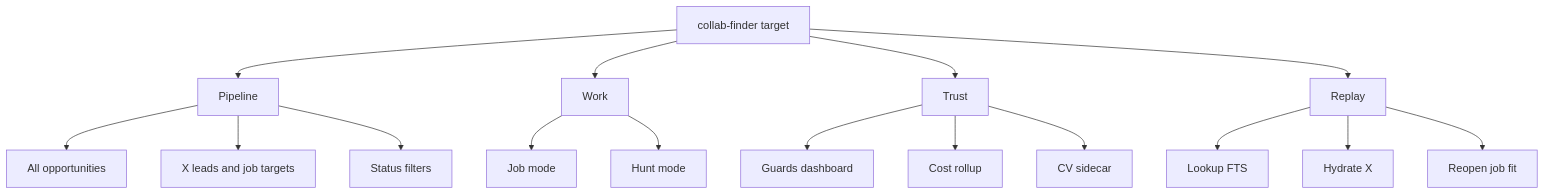
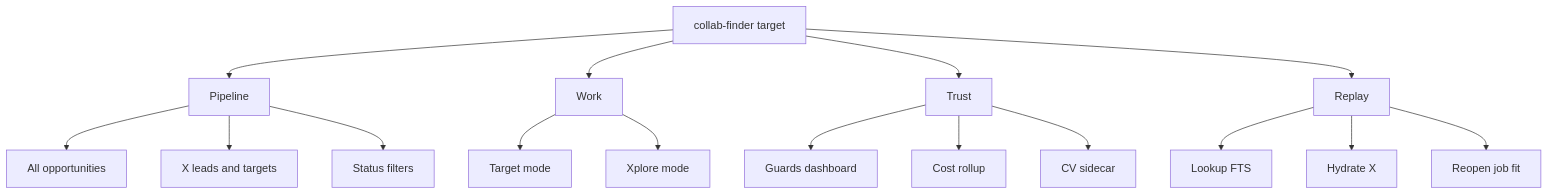
The fifth of 6 diagrams in reports/ux-review-v0.1-dogfood.md (p10ns11y/collab-finder), drawn with Mermaid before and after one commit. The commit also changed other lines of this file and 31 other files, not shown here.

First line of the commit message:
chore: deepest clean of legacy terminology (Job/JobTarget -> Opportunity/Target, Hunt -> Xplore)

````diff
--- a/reports/ux-review-v0.1-dogfood.md
+++ b/reports/ux-review-v0.1-dogfood.md
@@ -234,23 +234,23 @@
 ```mermaid
 flowchart TB
   root_target[collab-finder target]
 
   root_target --> P[Pipeline]
   P --> P1[All opportunities]
-  P --> P2[X leads and job targets]
+  P --> P2[X leads and targets]
   P --> P3[Status filters]
 
   root_target --> W[Work]
-  W --> W1[Job mode]
-  W --> W2[Hunt mode]
+  W --> W1[Target mode]
+  W --> W2[Xplore mode]
 
   root_target --> T[Trust]
   T --> T1[Guards dashboard]
   T --> T2[Cost rollup]
   T --> T3[CV sidecar]
 
   root_target --> R[Replay]
   R --> R1[Lookup FTS]
   R --> R2[Hydrate X]
   R --> R3[Reopen job fit]
 ```
````
